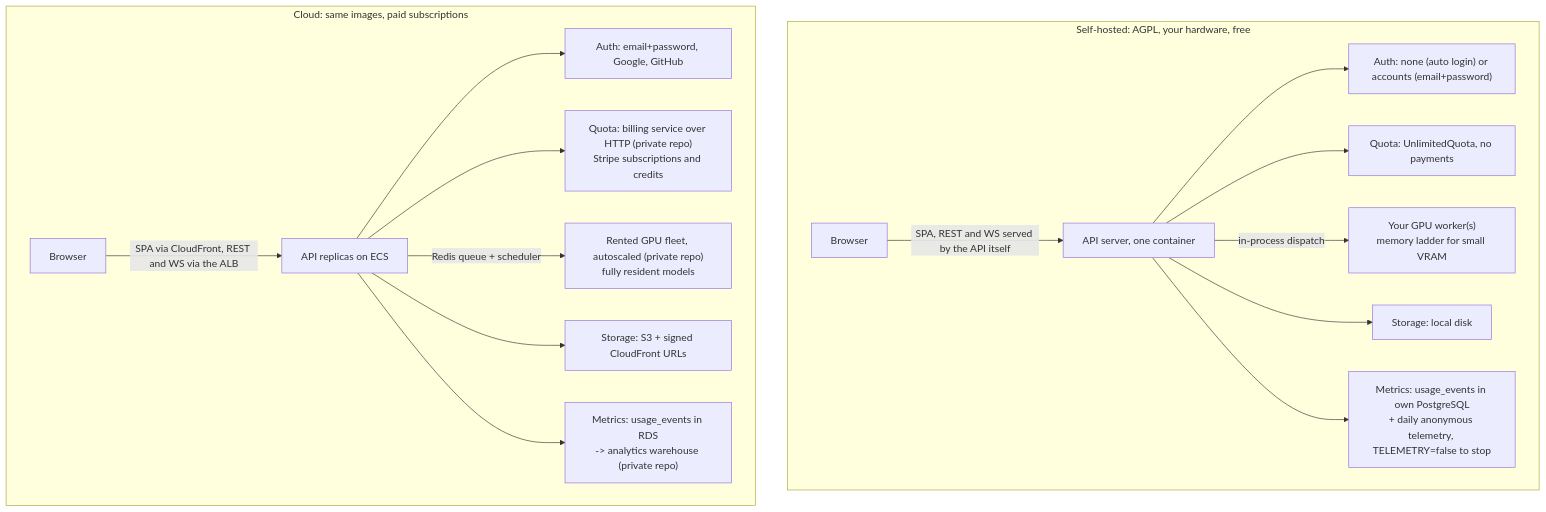
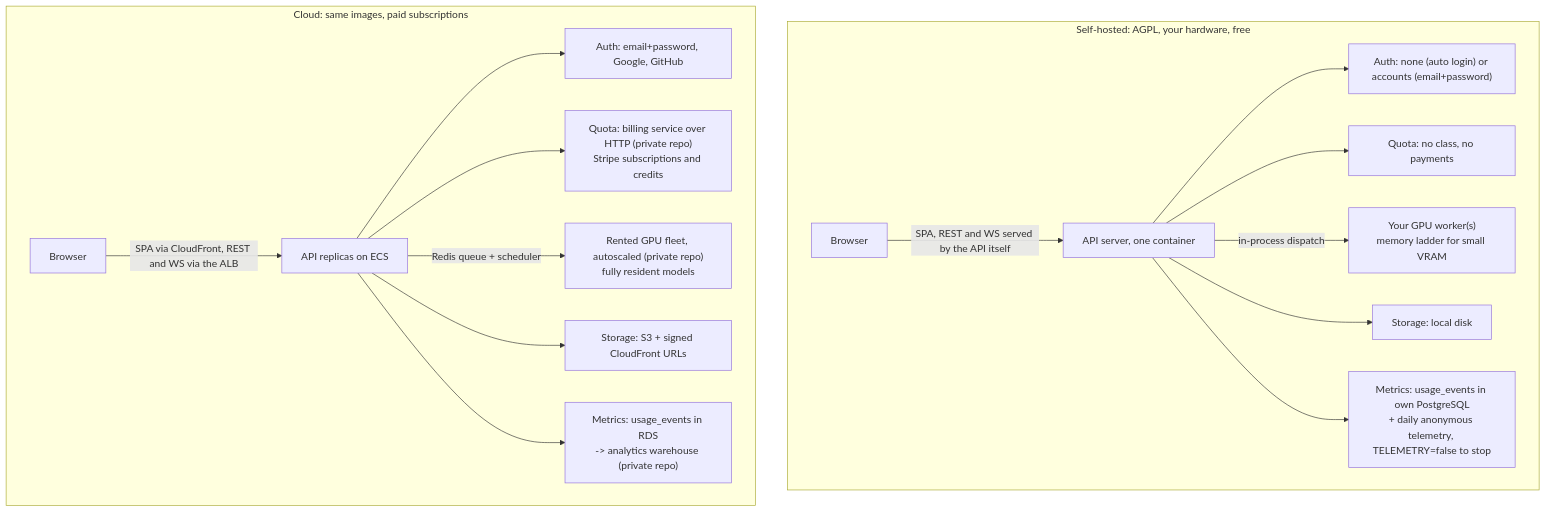
Before and after one commit to Portocolom-Studio/potocolom: the second of 2 diagrams in docs/deployment-profiles.md, drawn with Mermaid. The commit also changed other lines of this file and 15 other files, not shown here.

````diff
--- a/docs/deployment-profiles.md
+++ b/docs/deployment-profiles.md
@@ -75,19 +75,19 @@
 ```mermaid
 flowchart TB
     subgraph SH["Self-hosted: AGPL, your hardware, free"]
         B1["Browser"] -->|"SPA, REST and WS served by the API itself"| A1["API server, one container"]
         A1 --> AU1["Auth: none (auto login) or accounts (email+password)"]
-        A1 --> Q1["Quota: UnlimitedQuota, no payments"]
+        A1 --> Q1["Quota: no class, no payments"]
         A1 -->|"in-process dispatch"| W1["Your GPU worker(s)<br>memory ladder for small VRAM"]
         A1 --> S1["Storage: local disk"]
         A1 --> M1["Metrics: usage_events in own PostgreSQL<br>+ daily anonymous telemetry, TELEMETRY=false to stop"]
     end
     subgraph CL["Cloud: same images, paid subscriptions"]
         B2["Browser"] -->|"SPA via CloudFront, REST and WS via the ALB"| A2["API replicas on ECS"]
         A2 --> AU2["Auth: email+password, Google, GitHub"]
         A2 --> Q2["Quota: billing service over HTTP (private repo)<br>Stripe subscriptions and credits"]
         A2 -->|"Redis queue + scheduler"| W2["Rented GPU fleet, autoscaled (private repo)<br>fully resident models"]
         A2 --> S2["Storage: S3 + signed CloudFront URLs"]
         A2 --> M2["Metrics: usage_events in RDS<br>-> analytics warehouse (private repo)"]
     end
 ```
````
